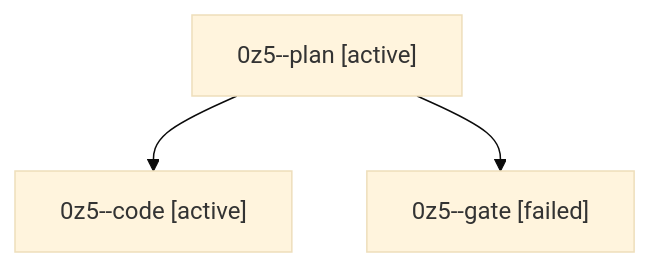
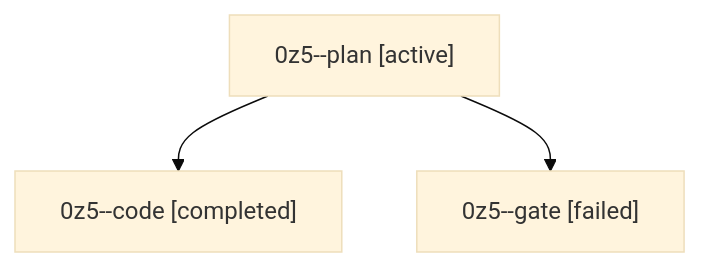
Before and after one commit to bobs-org/bob-cli--agents: the diagram in sessions/bbugyi200.athena.0z5.md, drawn with Mermaid (base theme). The commit also changed other lines of this file and 6 other files, not shown here.

````diff
--- a/sessions/bbugyi200.athena.0z5.md
+++ b/sessions/bbugyi200.athena.0z5.md
@@ -9,8 +9,8 @@
 ```mermaid
 flowchart TD
   n0["0z5--plan [active]"]
-  n1["0z5--code [active]"]
+  n1["0z5--code [completed]"]
   n0 --> n1
   n2["0z5--gate [failed]"]
   n0 --> n2
 ```
````
